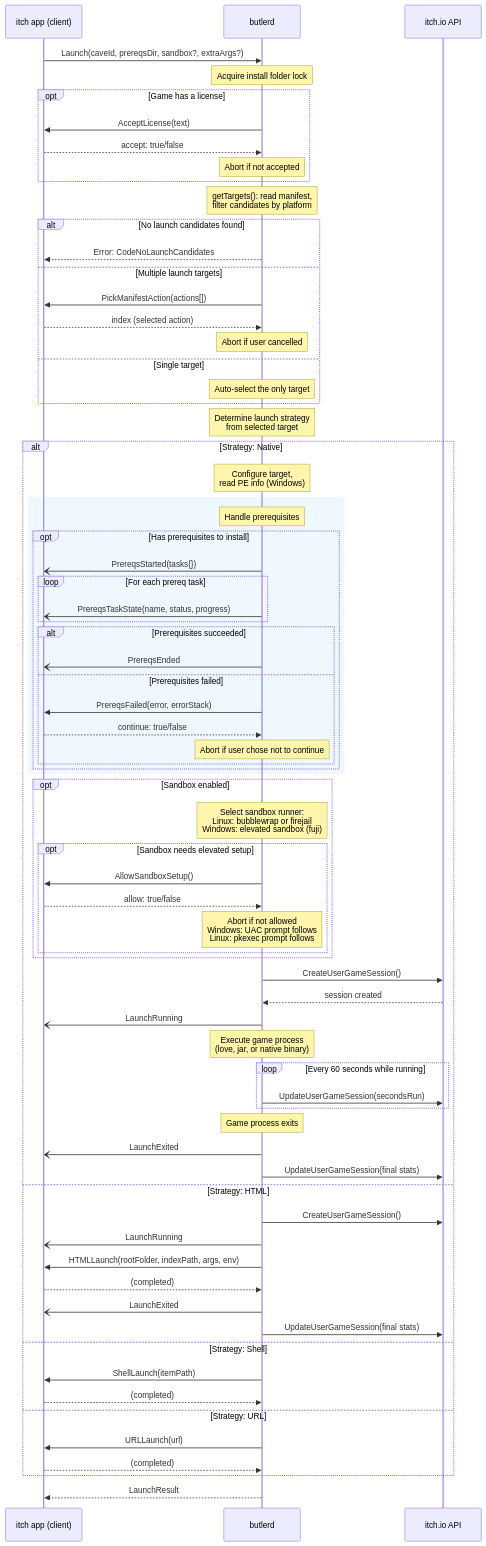
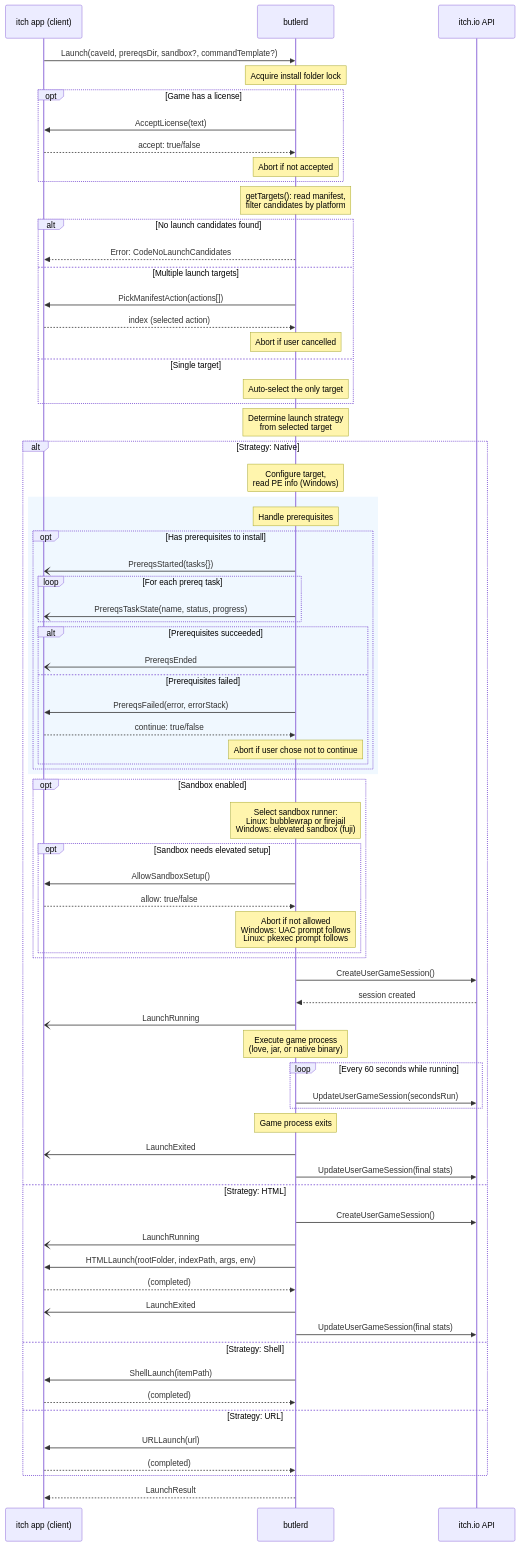
One commit to itchio/butler changed the diagram in docs/diagrams/launch.md. Above: the diagram before and after it, drawn with Mermaid. The commit also changed other lines of this file and 12 other files, not shown here.

Commit message:
convert extraArgs -> commandTemplate

```diff
--- a/docs/diagrams/launch.md
+++ b/docs/diagrams/launch.md
@@ -15,7 +15,7 @@
     participant Butlerd as butlerd
     participant API as itch.io API
 
-    Client->>Butlerd: Launch(caveId, prereqsDir, sandbox?, extraArgs?)
+    Client->>Butlerd: Launch(caveId, prereqsDir, sandbox?, commandTemplate?)
 
     Note over Butlerd: Acquire install folder lock
 
```
